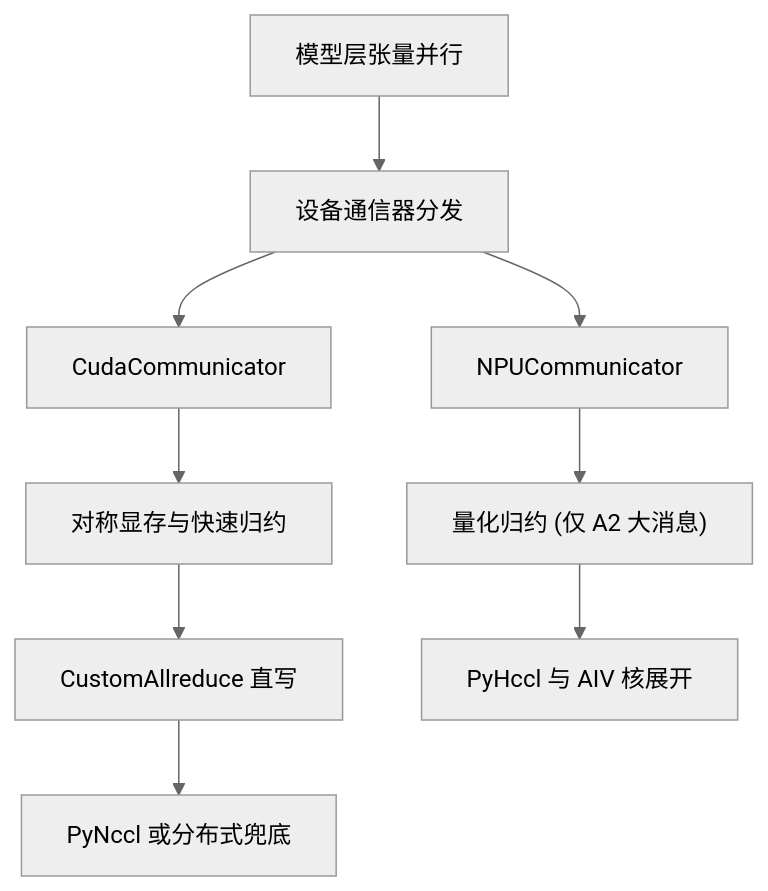
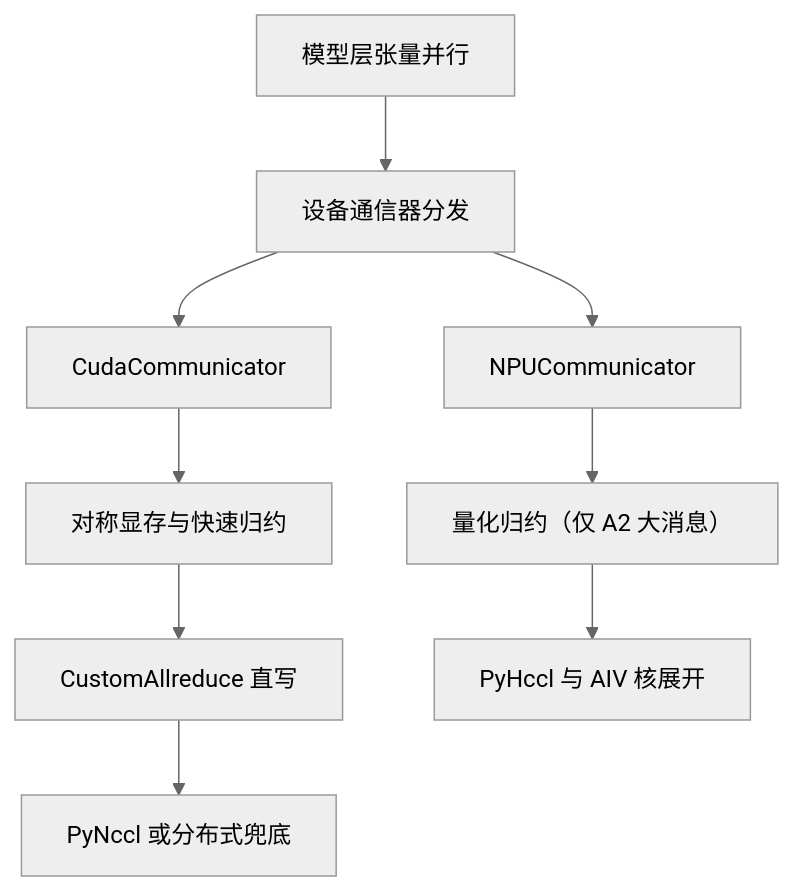
The diagram in src/content/posts/distributed/01-interconnects-and-collectives/index.mdx (xingcanlee/infra-note), drawn with Mermaid (neutral theme) before and after one commit. The commit also changed other lines of this file and 60 other files, not shown here.

````diff
--- a/src/content/posts/distributed/01-interconnects-and-collectives/index.mdx
+++ b/src/content/posts/distributed/01-interconnects-and-collectives/index.mdx
@@ -70,11 +74,11 @@
 ```mermaid caption="图 3：NVIDIA GPU 与华为昇腾 NPU 运行时通信分发路径"
 flowchart TD
     T["模型层张量并行"] --> D["设备通信器分发"]
     D --> G1["CudaCommunicator"]
     D --> A1["NPUCommunicator"]
     G1 --> G2["对称显存与快速归约"]
     G2 --> G3["CustomAllreduce 直写"]
     G3 --> G4["PyNccl 或分布式兜底"]
-    A1 --> A2["量化归约 (仅 A2 大消息)"]
+    A1 --> A2["量化归约（仅 A2 大消息）"]
     A2 --> A3["PyHccl 与 AIV 核展开"]
 ```
````
